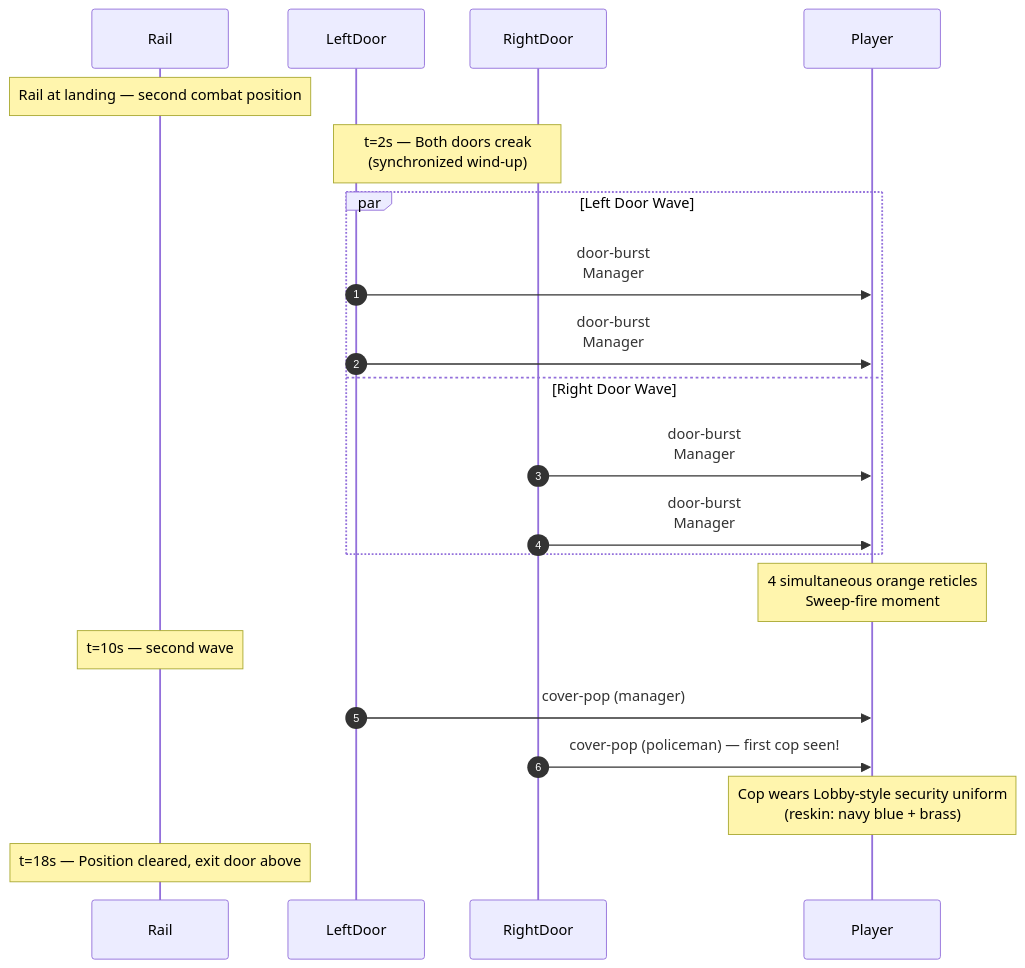
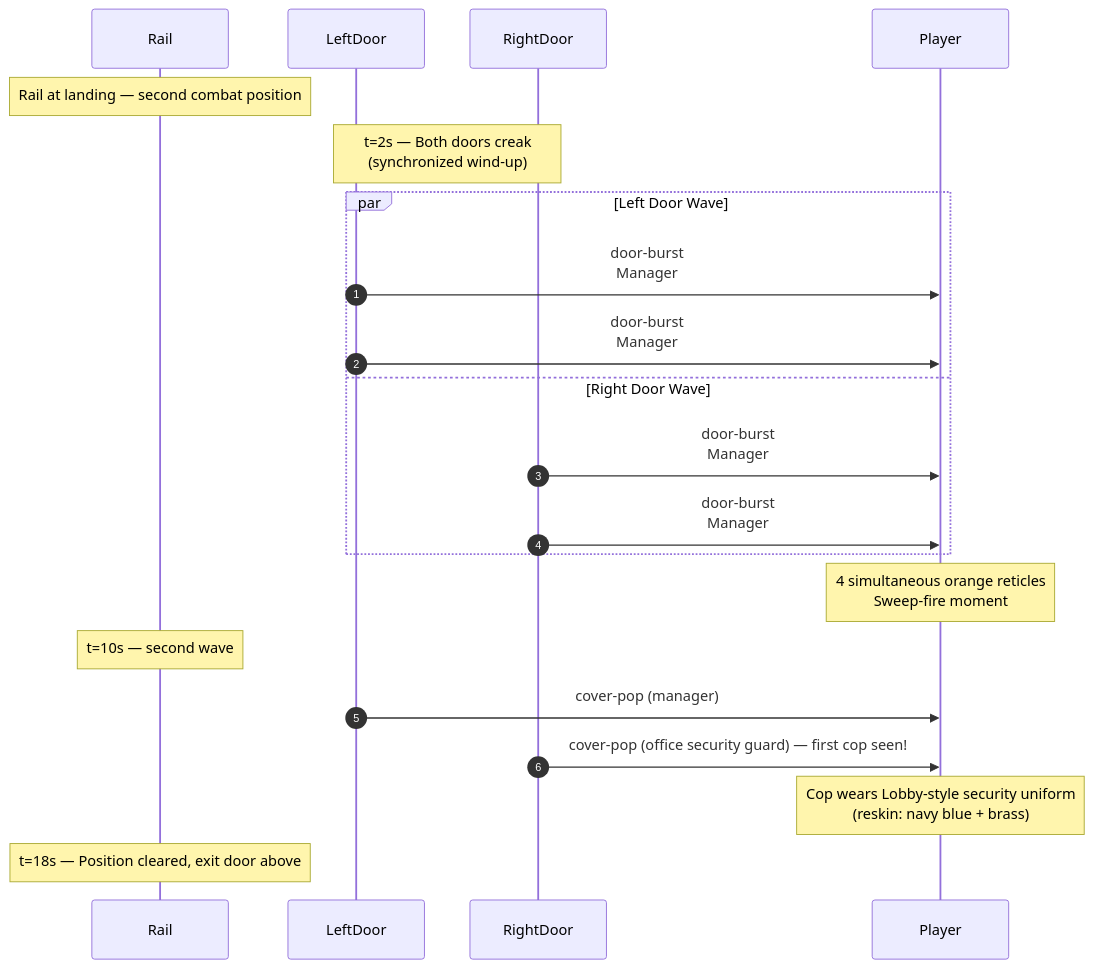
Before and after one commit to arcade-cabinet/department-of-redundancy-department: the third of 3 diagrams in docs/spec/levels/02-stairway-A.md, drawn with Mermaid. The commit also changed other lines of this file and 14 other files, not shown here.

First line of the commit message:
refactor(lore): repurpose policeman → office security guard, swat → head of security

````diff
--- a/docs/spec/levels/02-stairway-A.md
+++ b/docs/spec/levels/02-stairway-A.md
@@ -109,29 +109,29 @@
 ```mermaid
 sequenceDiagram
     autonumber
     participant Rail
     participant LeftDoor
     participant RightDoor
     participant Player
 
     Note over Rail: Rail at landing — second combat position
 
     Note over LeftDoor,RightDoor: t=2s — Both doors creak<br/>(synchronized wind-up)
 
     par Left Door Wave
         LeftDoor->>Player: door-burst<br/>Manager
         LeftDoor->>Player: door-burst<br/>Manager
     and Right Door Wave
         RightDoor->>Player: door-burst<br/>Manager
         RightDoor->>Player: door-burst<br/>Manager
     end
 
     Note over Player: 4 simultaneous orange reticles<br/>Sweep-fire moment
 
     Note over Rail: t=10s — second wave
     LeftDoor->>Player: cover-pop (manager)
-    RightDoor->>Player: cover-pop (policeman) — first cop seen!
+    RightDoor->>Player: cover-pop (office security guard) — first cop seen!
     Note over Player: Cop wears Lobby-style security uniform<br/>(reskin: navy blue + brass)
 
     Note over Rail: t=18s — Position cleared, exit door above
 ```
````
